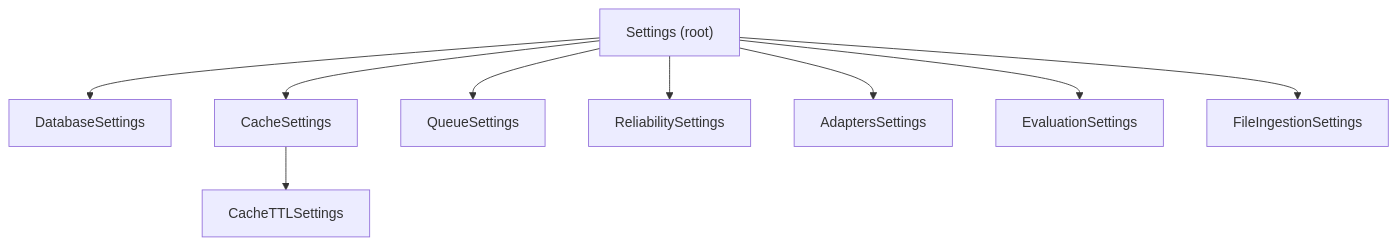
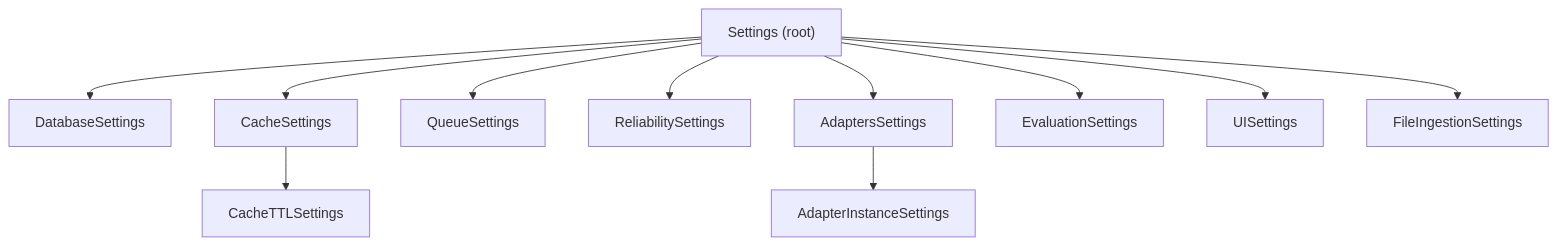
Before and after one commit to domik82/tropek: the diagram in docs/architecture/configuration.md, drawn with Mermaid. The commit also changed other lines of this file, not shown here.

````diff
--- a/docs/architecture/configuration.md
+++ b/docs/architecture/configuration.md
@@ -20,21 +20,25 @@
 ```mermaid
 graph TD
     Settings["Settings (root)"]
     DB["DatabaseSettings"]
     Cache["CacheSettings"]
     TTL["CacheTTLSettings"]
     Queue["QueueSettings"]
     Rel["ReliabilitySettings"]
     Adapt["AdaptersSettings"]
+    AdaptInst["AdapterInstanceSettings"]
     Eval["EvaluationSettings"]
+    UI["UISettings"]
     File["FileIngestionSettings"]
 
     Settings --> DB
     Settings --> Cache
     Cache --> TTL
     Settings --> Queue
     Settings --> Rel
     Settings --> Adapt
+    Adapt --> AdaptInst
     Settings --> Eval
+    Settings --> UI
     Settings --> File
 ```
````
